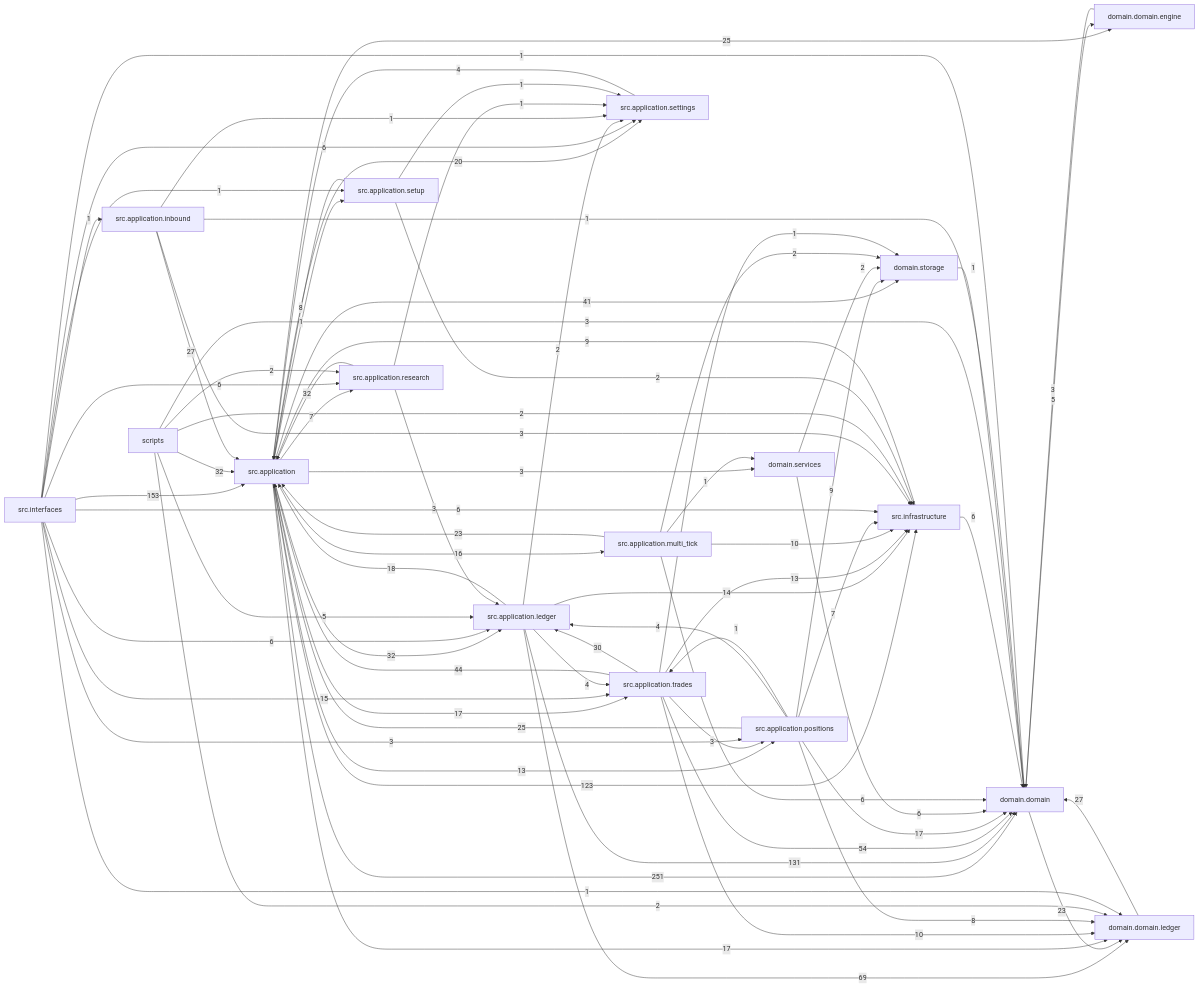
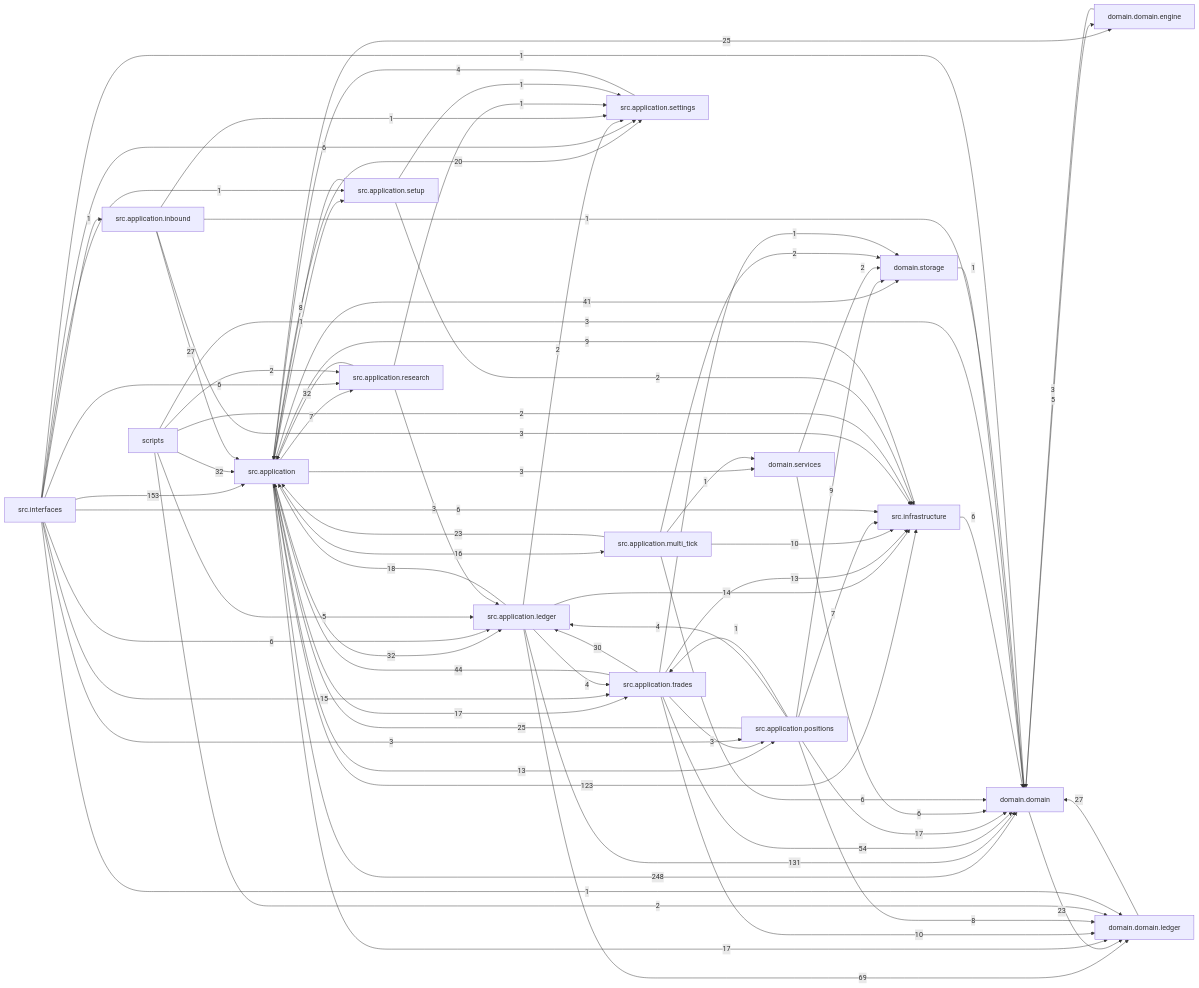
One commit to liuxie066/options-monitor changed the diagram in docs/dependency_graph.mmd. Above: the diagram before and after it, drawn with Mermaid. The commit also changed 1 other file, not shown here.

Commit message:
docs(deps): refresh dependency graph

```diff
--- a/docs/dependency_graph.mmd
+++ b/docs/dependency_graph.mmd
@@ -1,76 +1,76 @@
 flowchart LR
-  src_application["src.application"] -->|251| domain_domain["domain.domain"]
+  src_application["src.application"] -->|248| domain_domain["domain.domain"]
   src_interfaces["src.interfaces"] -->|153| src_application["src.application"]
   src_application_ledger["src.application.ledger"] -->|131| domain_domain["domain.domain"]
   src_application["src.application"] -->|123| src_infrastructure["src.infrastructure"]
   src_application_ledger["src.application.ledger"] -->|69| domain_domain_ledger["domain.domain.ledger"]
   src_application_trades["src.application.trades"] -->|54| domain_domain["domain.domain"]
   src_application_trades["src.application.trades"] -->|44| src_application["src.application"]
   src_application["src.application"] -->|41| domain_storage["domain.storage"]
   scripts["scripts"] -->|32| src_application["src.application"]
   src_application["src.application"] -->|32| src_application_ledger["src.application.ledger"]
   src_application_research["src.application.research"] -->|32| src_application["src.application"]
   src_application_trades["src.application.trades"] -->|30| src_application_ledger["src.application.ledger"]
   domain_domain_ledger["domain.domain.ledger"] -->|27| domain_domain["domain.domain"]
   src_application_inbound["src.application.inbound"] -->|27| src_application["src.application"]
   src_application["src.application"] -->|25| domain_domain_engine["domain.domain.engine"]
   src_application_positions["src.application.positions"] -->|25| src_application["src.application"]
   domain_domain["domain.domain"] -->|23| domain_domain_ledger["domain.domain.ledger"]
   src_application_multi_tick["src.application.multi_tick"] -->|23| src_application["src.application"]
   src_application["src.application"] -->|20| src_application_settings["src.application.settings"]
   src_application_ledger["src.application.ledger"] -->|18| src_application["src.application"]
   src_application["src.application"] -->|17| domain_domain_ledger["domain.domain.ledger"]
   src_application["src.application"] -->|17| src_application_trades["src.application.trades"]
   src_application_positions["src.application.positions"] -->|17| domain_domain["domain.domain"]
   src_application["src.application"] -->|16| src_application_multi_tick["src.application.multi_tick"]
   src_interfaces["src.interfaces"] -->|15| src_application_trades["src.application.trades"]
   src_application_ledger["src.application.ledger"] -->|14| src_infrastructure["src.infrastructure"]
   src_application["src.application"] -->|13| src_application_positions["src.application.positions"]
   src_application_trades["src.application.trades"] -->|13| src_infrastructure["src.infrastructure"]
   src_application_multi_tick["src.application.multi_tick"] -->|10| src_infrastructure["src.infrastructure"]
   src_application_trades["src.application.trades"] -->|10| domain_domain_ledger["domain.domain.ledger"]
   src_application_positions["src.application.positions"] -->|9| domain_storage["domain.storage"]
   src_infrastructure["src.infrastructure"] -->|9| src_application["src.application"]
   src_application_positions["src.application.positions"] -->|8| domain_domain_ledger["domain.domain.ledger"]
   src_application_setup["src.application.setup"] -->|8| src_application["src.application"]
   src_application["src.application"] -->|7| src_application_research["src.application.research"]
   src_application_positions["src.application.positions"] -->|7| src_infrastructure["src.infrastructure"]
   domain_services["domain.services"] -->|6| domain_domain["domain.domain"]
   src_application_multi_tick["src.application.multi_tick"] -->|6| domain_domain["domain.domain"]
   src_infrastructure["src.infrastructure"] -->|6| domain_domain["domain.domain"]
   src_interfaces["src.interfaces"] -->|6| src_application_ledger["src.application.ledger"]
   src_interfaces["src.interfaces"] -->|6| src_application_research["src.application.research"]
   src_interfaces["src.interfaces"] -->|6| src_application_settings["src.application.settings"]
   src_interfaces["src.interfaces"] -->|6| src_infrastructure["src.infrastructure"]
   domain_domain["domain.domain"] -->|5| domain_domain_engine["domain.domain.engine"]
   scripts["scripts"] -->|5| src_application_ledger["src.application.ledger"]
   src_application_ledger["src.application.ledger"] -->|4| src_application_trades["src.application.trades"]
   src_application_positions["src.application.positions"] -->|4| src_application_ledger["src.application.ledger"]
   src_application_settings["src.application.settings"] -->|4| src_application["src.application"]
   domain_domain_engine["domain.domain.engine"] -->|3| domain_domain["domain.domain"]
   scripts["scripts"] -->|3| domain_domain["domain.domain"]
   src_application["src.application"] -->|3| domain_services["domain.services"]
   src_application_inbound["src.application.inbound"] -->|3| src_infrastructure["src.infrastructure"]
   src_application_research["src.application.research"] -->|3| src_application_ledger["src.application.ledger"]
   src_application_trades["src.application.trades"] -->|3| src_application_positions["src.application.positions"]
   src_interfaces["src.interfaces"] -->|3| src_application_positions["src.application.positions"]
   domain_services["domain.services"] -->|2| domain_storage["domain.storage"]
   scripts["scripts"] -->|2| domain_domain_ledger["domain.domain.ledger"]
   scripts["scripts"] -->|2| src_application_research["src.application.research"]
   scripts["scripts"] -->|2| src_infrastructure["src.infrastructure"]
   src_application_ledger["src.application.ledger"] -->|2| src_application_settings["src.application.settings"]
   src_application_multi_tick["src.application.multi_tick"] -->|2| domain_storage["domain.storage"]
   src_application_setup["src.application.setup"] -->|2| src_infrastructure["src.infrastructure"]
   domain_storage["domain.storage"] -->|1| domain_domain["domain.domain"]
   src_application["src.application"] -->|1| src_application_setup["src.application.setup"]
   src_application_inbound["src.application.inbound"] -->|1| domain_domain["domain.domain"]
   src_application_inbound["src.application.inbound"] -->|1| src_application_settings["src.application.settings"]
   src_application_multi_tick["src.application.multi_tick"] -->|1| domain_services["domain.services"]
   src_application_positions["src.application.positions"] -->|1| src_application_trades["src.application.trades"]
   src_application_research["src.application.research"] -->|1| src_application_settings["src.application.settings"]
   src_application_setup["src.application.setup"] -->|1| src_application_settings["src.application.settings"]
   src_application_trades["src.application.trades"] -->|1| domain_storage["domain.storage"]
   src_interfaces["src.interfaces"] -->|1| domain_domain["domain.domain"]
   src_interfaces["src.interfaces"] -->|1| domain_domain_ledger["domain.domain.ledger"]
   src_interfaces["src.interfaces"] -->|1| src_application_inbound["src.application.inbound"]
   src_interfaces["src.interfaces"] -->|1| src_application_setup["src.application.setup"]
```
